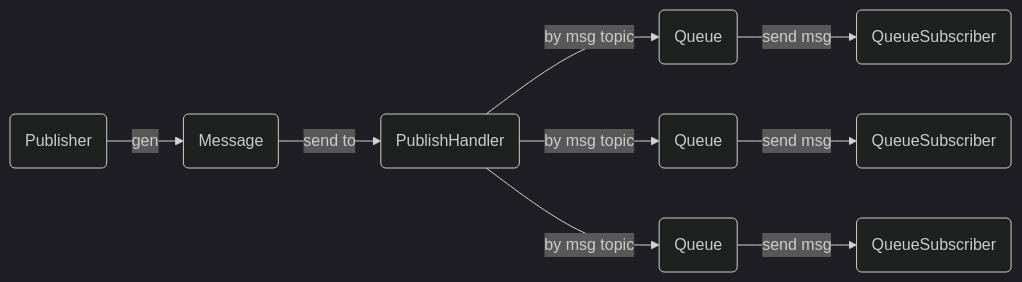
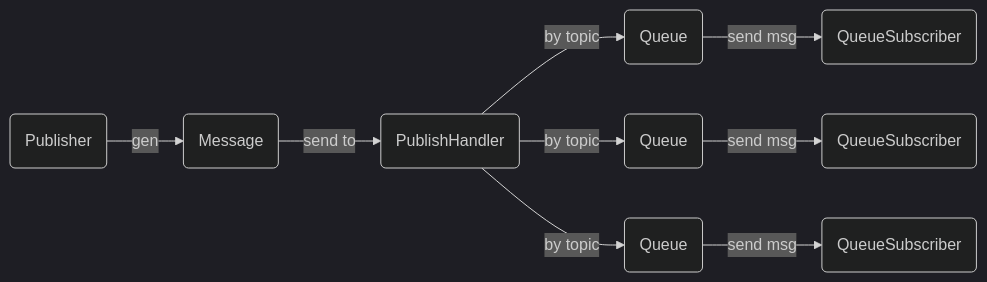
One commit to redbirdztc/go-order changed the second of 3 diagrams in server/README.md. Above: the diagram before and after it, drawn with Mermaid (dark theme). The commit also changed other lines of this file and 19 other files, not shown here.

````diff
--- a/server/README.md
+++ b/server/README.md
@@ -23,11 +26,11 @@
 ```mermaid
 flowchart LR
 pub(Publisher)-->|gen| msg(Message)
 msg-->|send to| hdl(PublishHandler)
-hdl-->|by msg topic| q(Queue)
-hdl-->|by msg topic| q1(Queue)
-hdl-->|by msg topic| q2(Queue)
+hdl-->|by topic| q(Queue)
+hdl-->|by topic| q1(Queue)
+hdl-->|by topic| q2(Queue)
 q-->|send msg| qsub(QueueSubscriber)
 q1-->|send msg| qsub1(QueueSubscriber)
 q2-->|send msg| qsub2(QueueSubscriber)
 ```
````
